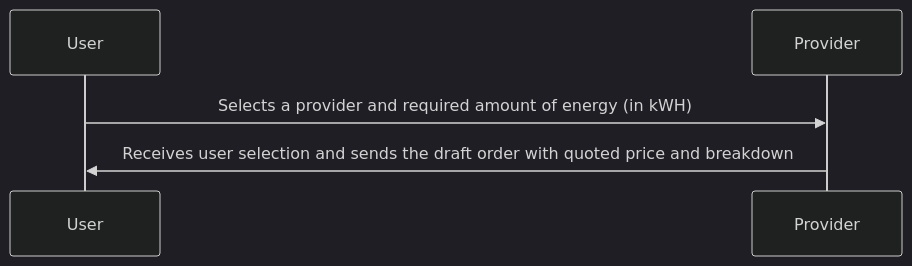
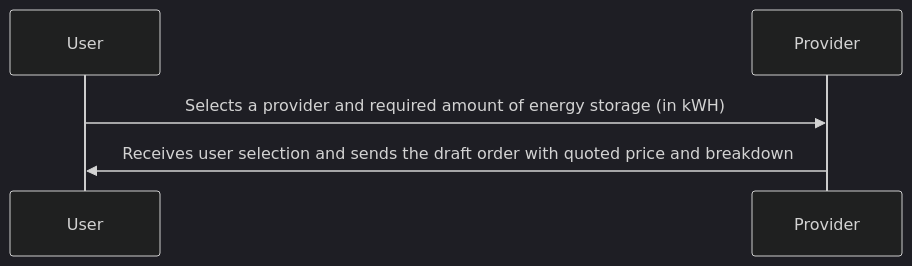
Before and after one commit to Sudheesh2609/DENT-Protocol: the third of 8 diagrams in docs/implementation-guides/General_Energy_Transaction_2.md, drawn with Mermaid (dark theme). The commit also changed other lines of this file, not shown here.

Commit message:
Completed General_Energy_Transaction_2.md

````diff
--- a/docs/implementation-guides/General_Energy_Transaction_2.md
+++ b/docs/implementation-guides/General_Energy_Transaction_2.md
@@ -142,5 +144,5 @@
 ```mermaid
     sequenceDiagram
-    User->>Provider: Selects a provider and required amount of energy (in kWH)
+    User->>Provider: Selects a provider and required amount of energy storage (in kWH)
     Provider->>User: Receives user selection and sends the draft order with quoted price and breakdown
 ```
````
